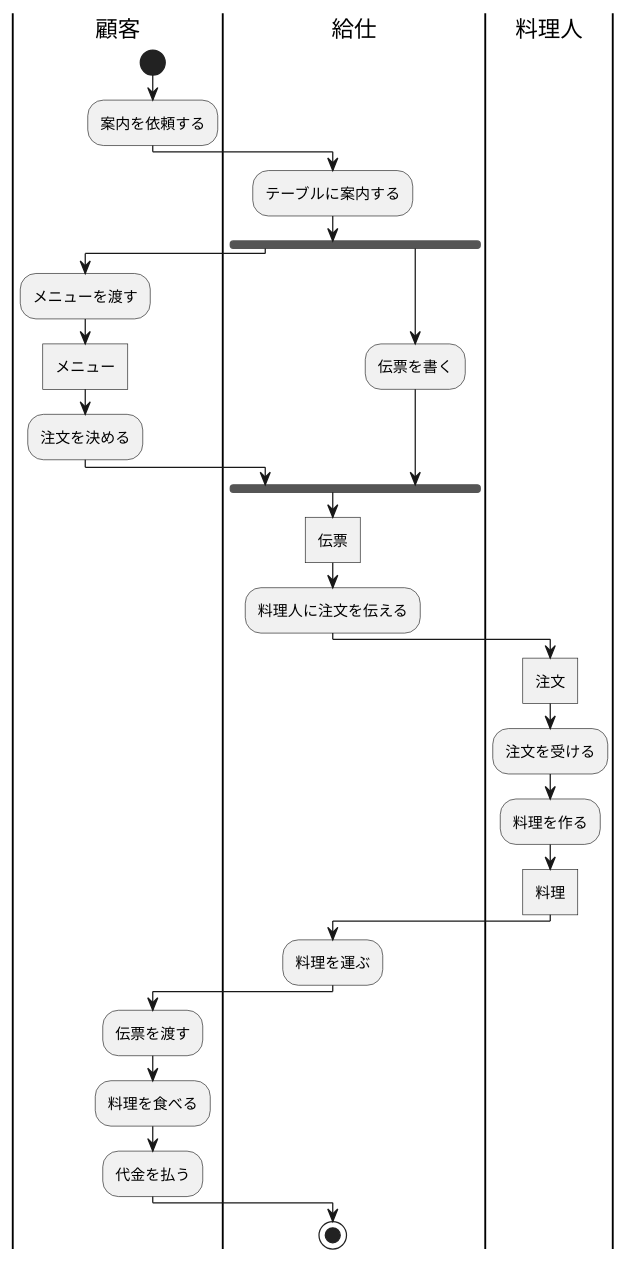
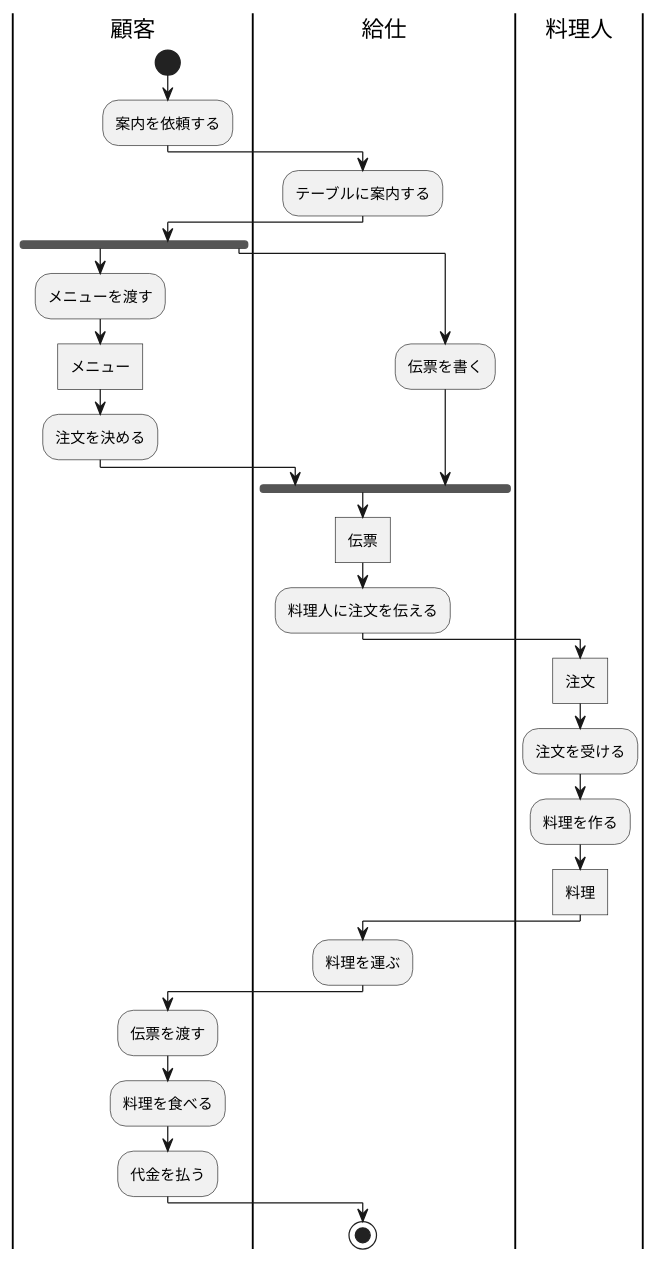
The diagram in 演習7-3_AC_レストランのアクティビティ図.pu (nozomu1210/uml-introduction), drawn with PlantUML before and after one commit. The commit also changed other lines of this file, not shown here.

```diff
--- a/演習7-3_AC_レストランのアクティビティ図.pu
+++ b/演習7-3_AC_レストランのアクティビティ図.pu
@@ -33,32 +1,32 @@
 @startuml
 |顧客|
 start
 :案内を依頼する;
 |給仕|
 :テーブルに案内する;
+|顧客|
 fork 
-|顧客|
 :メニューを渡す;
 :メニュー]
 :注文を決める;
 |給仕|
 fork again
 :伝票を書く;
 end fork
 :伝票]
 :料理人に注文を伝える;
 |料理人|
 :注文]
 :注文を受ける;
 :料理を作る;
 :料理]
 |給仕|
 
 :料理を運ぶ;
 |顧客|
 :伝票を渡す;
 :料理を食べる;
 :代金を払う;
 |給仕|
 stop
 @enduml
```
